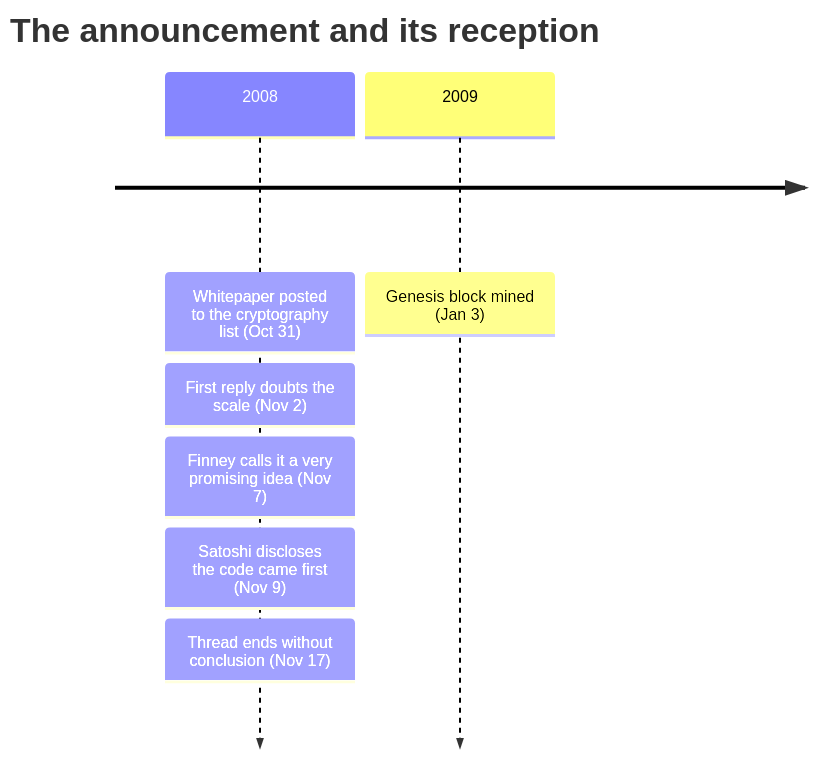
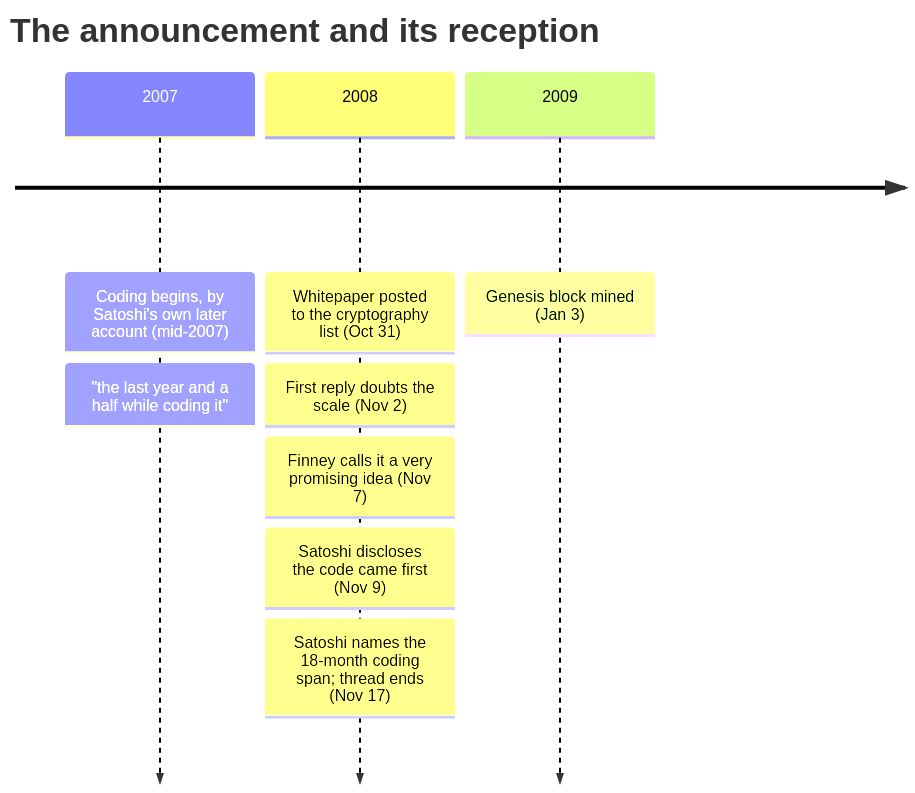
The diagram in src/data/entries/en/aftermath/2008-10-31-bitcoin-whitepaper-publication.md (cypher256/BitcoinArchive), drawn with Mermaid before and after one commit. The commit also changed other lines of this file and 11 other files, not shown here.

First line of the commit message:
Rewrite whitepaper-publication page around the 18-month coding history

````diff
--- a/src/data/entries/en/aftermath/2008-10-31-bitcoin-whitepaper-publication.md
+++ b/src/data/entries/en/aftermath/2008-10-31-bitcoin-whitepaper-publication.md
@@ -87,14 +91,17 @@
 ```mermaid
 timeline
     title The announcement and its reception
+    2007 : Coding begins, by Satoshi's own later account (mid-2007)
+         : "the last year and a half while coding it"
+    %% link: /BitcoinArchive/entries/emails/cryptography/bitcoin-p2p-e-cash-paper/2008-11-17-bitcoin-p2p-e-cash-paper/
     2008 : Whitepaper posted to the cryptography list (Oct 31)
     %% link: /BitcoinArchive/entries/emails/cryptography/bitcoin-p2p-e-cash-paper/2008-10-31-bitcoin-p2p-e-cash-paper/
          : First reply doubts the scale (Nov 2)
     %% link: /BitcoinArchive/entries/emails/cryptography/bitcoin-p2p-e-cash-paper/2008-11-01-re-bitcoin-p2p-e-cash-paper-donald/
          : Finney calls it a very promising idea (Nov 7)
     %% link: /BitcoinArchive/entries/emails/cryptography/bitcoin-p2p-e-cash-paper/2008-11-07-re-bitcoin-p2p-e-cash-paper-finney/
          : Satoshi discloses the code came first (Nov 9)
-         : Thread ends without conclusion (Nov 17)
+         : Satoshi names the 18-month coding span; thread ends (Nov 17)
     2009 : Genesis block mined (Jan 3)
     %% link: /BitcoinArchive/entries/aftermath/2009-01-03-genesis-block/
 ```
````
